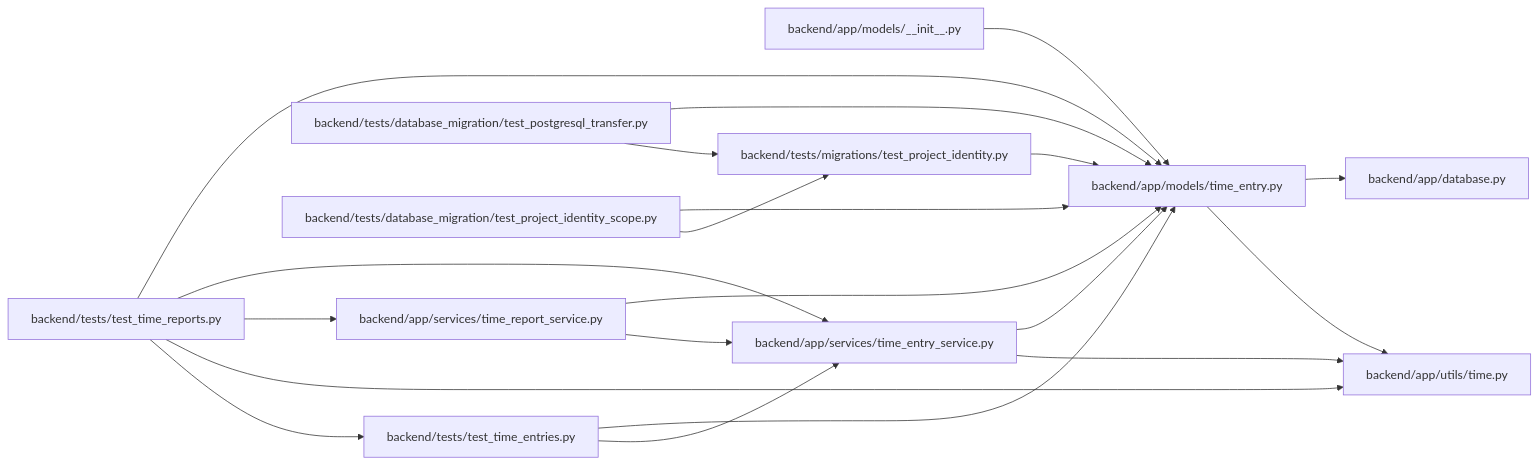
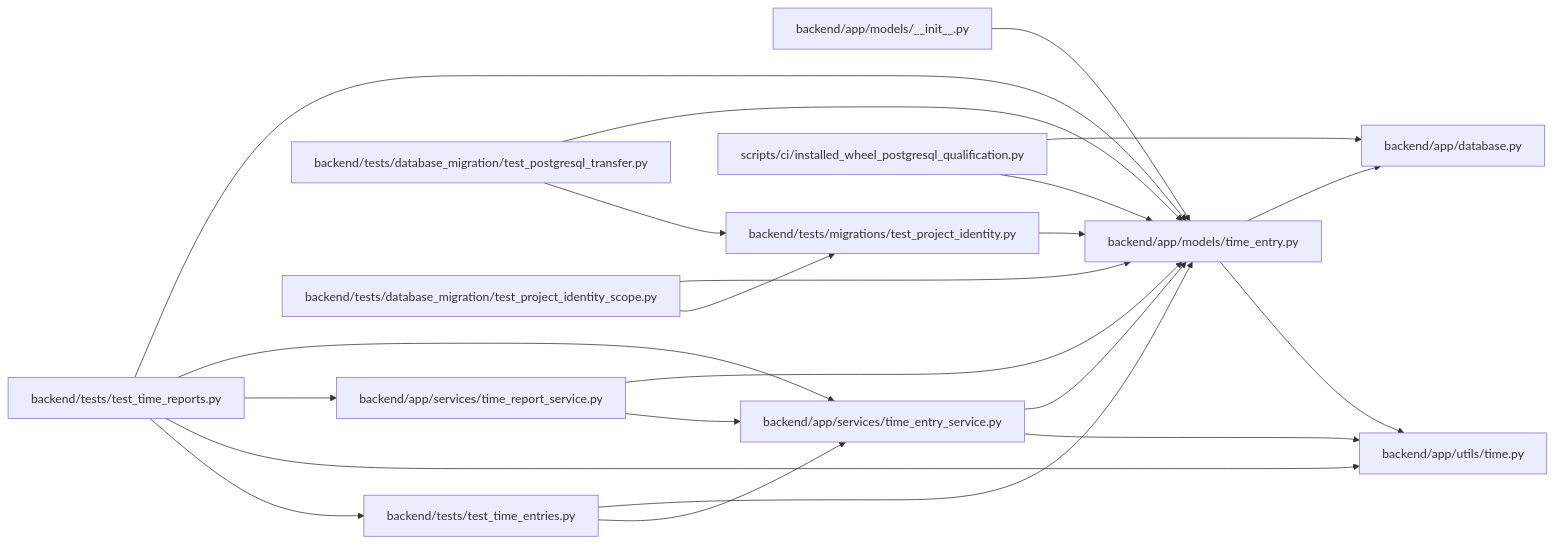
Before and after one commit to Denissvgn/WorkChord: the diagram in docs/llm_wiki/modules/models_time_entry.md, drawn with Mermaid. The commit also changed other lines of this file and 271 other files, not shown here.

````diff
--- a/docs/llm_wiki/modules/models_time_entry.md
+++ b/docs/llm_wiki/modules/models_time_entry.md
@@ -24,44 +24,48 @@
 ```mermaid
 flowchart LR
     n0["backend/app/database.py"]
     n1["backend/app/models/__init__.py"]
     n2["backend/app/models/time_entry.py"]
     n3["backend/app/services/time_entry_service.py"]
     n4["backend/app/services/time_report_service.py"]
     n5["backend/app/utils/time.py"]
     n6["backend/tests/database_migration/test_postgresql_transfer.py"]
     n7["backend/tests/database_migration/test_project_identity_scope.py"]
     n8["backend/tests/migrations/test_project_identity.py"]
     n9["backend/tests/test_time_entries.py"]
     n10["backend/tests/test_time_reports.py"]
+    n11["scripts/ci/installed_wheel_postgresql_qualification.py"]
     n1 --> n2
     n2 --> n0
     n2 --> n5
     n3 --> n2
     n3 --> n5
     n4 --> n2
     n4 --> n3
     n6 --> n2
     n6 --> n8
     n7 --> n2
     n7 --> n8
     n8 --> n2
     n9 --> n2
     n9 --> n3
     n10 --> n2
     n10 --> n3
     n10 --> n4
     n10 --> n5
     n10 --> n9
+    n11 --> n0
+    n11 --> n2
     click n0 "../modules/app_database.md"
     click n1 "../modules/models___init__.md"
     click n2 "../modules/models_time_entry.md"
     click n3 "../modules/time_entry_service.md"
     click n4 "../modules/time_report_service.md"
     click n5 "../modules/time.md"
     click n6 "../modules/test_postgresql_transfer.md"
     click n7 "../modules/test_project_identity_scope.md"
     click n8 "../modules/test_project_identity.md"
     click n9 "../modules/test_time_entries.md"
     click n10 "../modules/test_time_reports.md"
+    click n11 "../modules/installed_wheel_postgresql_qualification.md"
 ```
````
